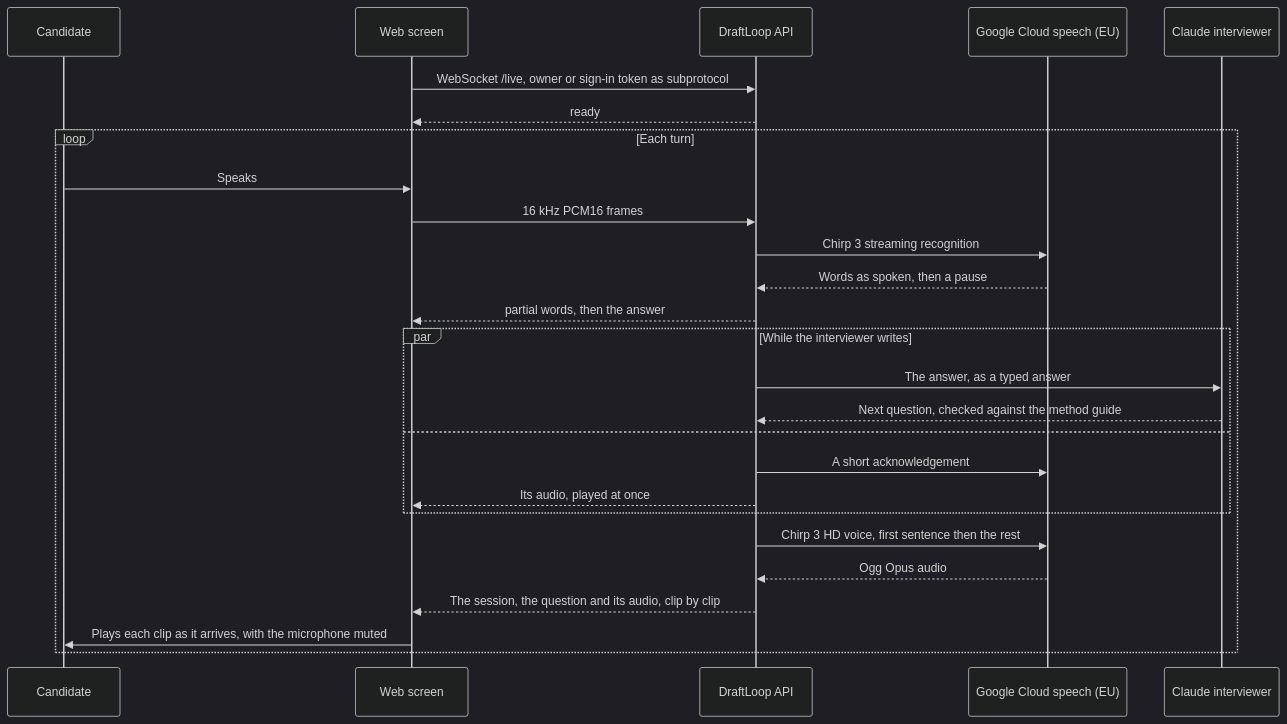
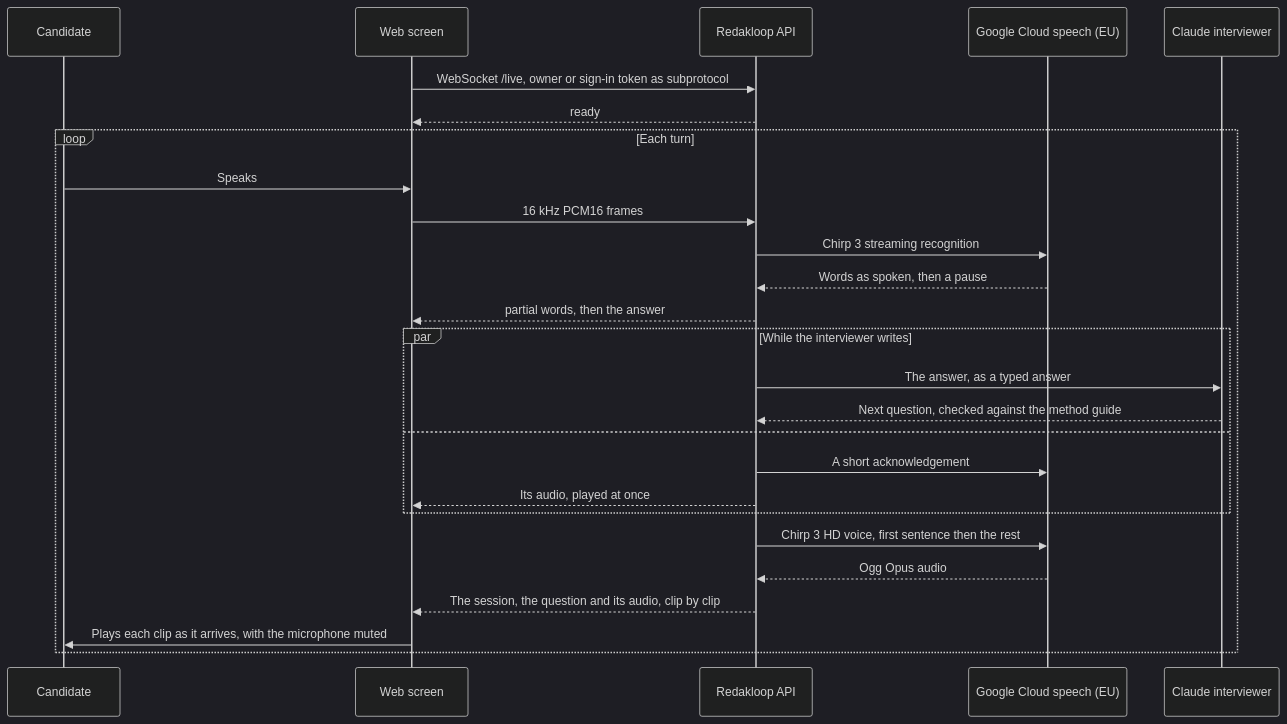
One commit to akoita/draft-loop changed the second of 2 diagrams in docs/reference/voice-input.md. Above: the diagram before and after it, drawn with Mermaid (dark theme). The commit also changed other lines of this file and 319 other files, not shown here.

````diff
--- a/docs/reference/voice-input.md
+++ b/docs/reference/voice-input.md
@@ -83,28 +83,28 @@
 ```mermaid
 sequenceDiagram
   participant C as Candidate
   participant P as Web screen
-  participant A as DraftLoop API
+  participant A as Redakloop API
   participant G as Google Cloud speech (EU)
   participant M as Claude interviewer
   P->>A: WebSocket /live, owner or sign-in token as subprotocol
   A-->>P: ready
   loop Each turn
     C->>P: Speaks
     P->>A: 16 kHz PCM16 frames
     A->>G: Chirp 3 streaming recognition
     G-->>A: Words as spoken, then a pause
     A-->>P: partial words, then the answer
     par While the interviewer writes
       A->>M: The answer, as a typed answer
       M-->>A: Next question, checked against the method guide
     and
       A->>G: A short acknowledgement
       A-->>P: Its audio, played at once
     end
     A->>G: Chirp 3 HD voice, first sentence then the rest
     G-->>A: Ogg Opus audio
     A-->>P: The session, the question and its audio, clip by clip
     P->>C: Plays each clip as it arrives, with the microphone muted
   end
 ```
````
